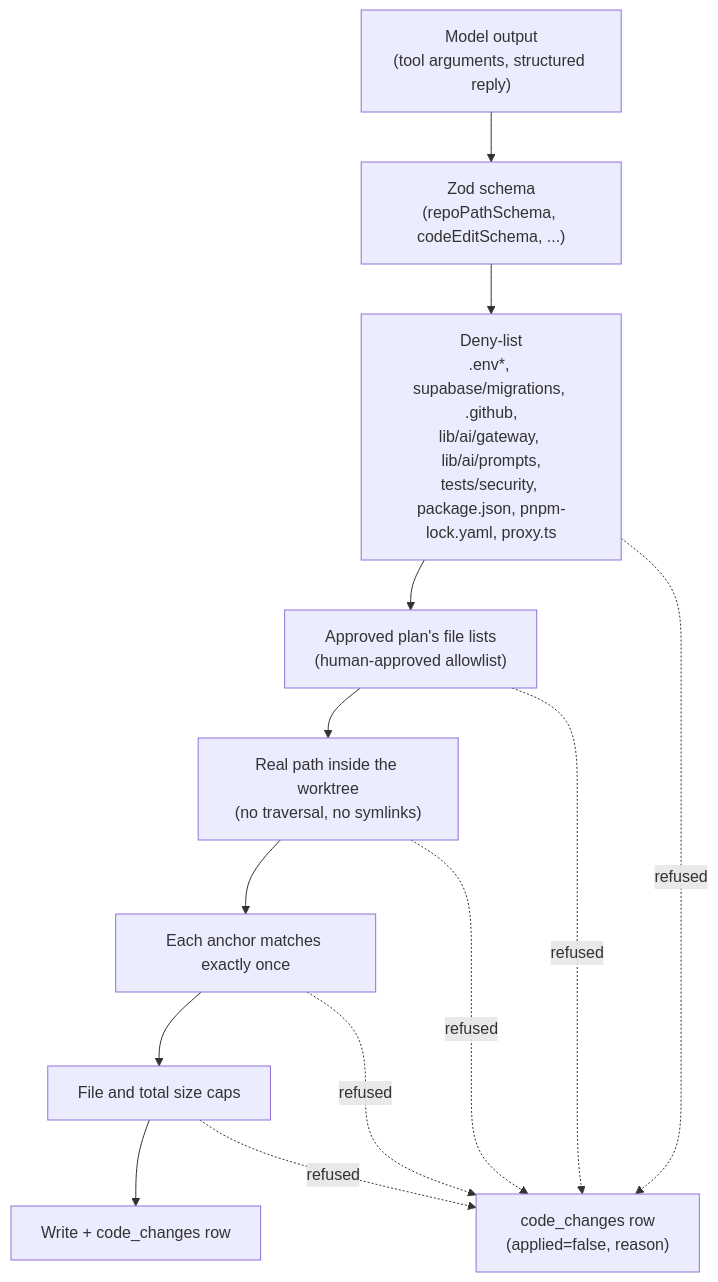
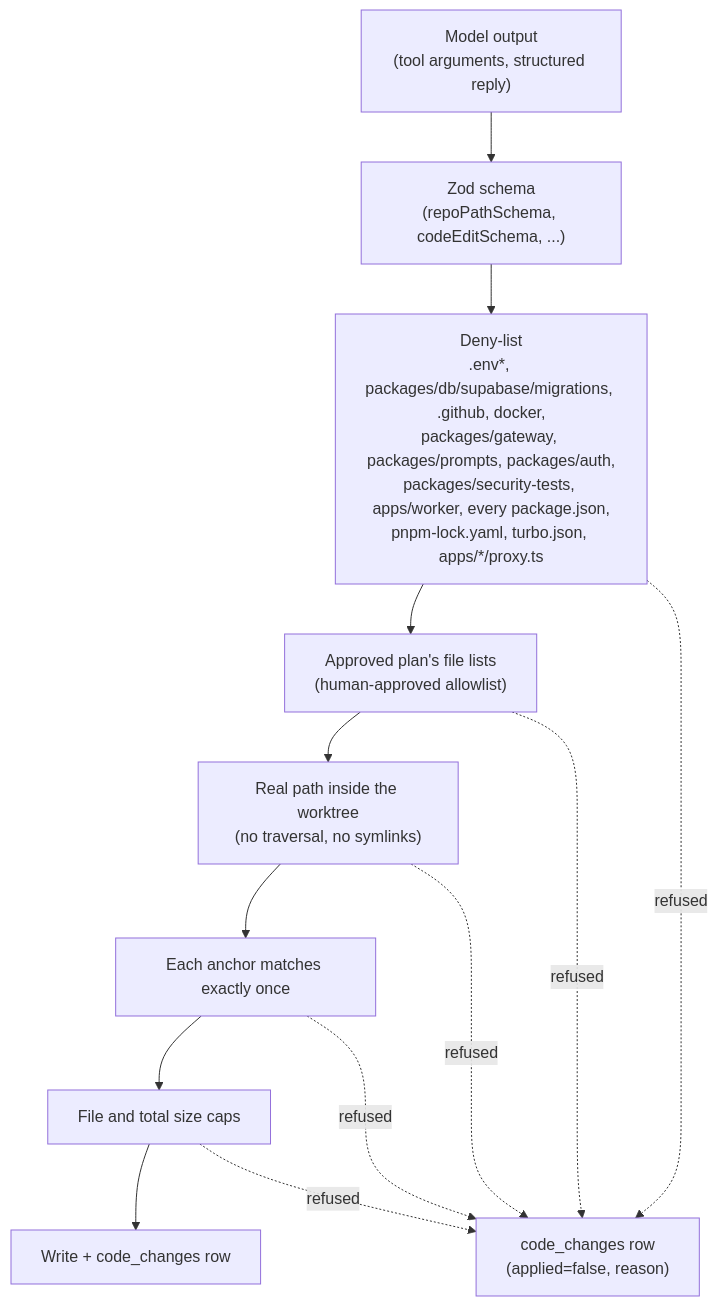
Before and after one commit to NehalKhare/deutsch-partner: the fourth of 4 diagrams in docs/product-ops-agents.md, drawn with Mermaid. The commit also changed other lines of this file and 1204 other files, not shown here.

````diff
--- a/docs/product-ops-agents.md
+++ b/docs/product-ops-agents.md
@@ -200,15 +200,15 @@
 ```mermaid
 flowchart TD
     Model["Model output\n(tool arguments, structured reply)"] --> Schema["Zod schema\n(repoPathSchema, codeEditSchema, ...)"]
-    Schema --> Deny["Deny-list\n.env*, supabase/migrations, .github,\nlib/ai/gateway, lib/ai/prompts,\ntests/security, package.json, pnpm-lock.yaml, proxy.ts"]
+    Schema --> Deny["Deny-list\n.env*, packages/db/supabase/migrations, .github, docker,\npackages/gateway, packages/prompts, packages/auth,\npackages/security-tests, apps/worker, every package.json,\npnpm-lock.yaml, turbo.json, apps/*/proxy.ts"]
     Deny --> Plan["Approved plan's file lists\n(human-approved allowlist)"]
     Plan --> Root["Real path inside the worktree\n(no traversal, no symlinks)"]
     Root --> Anchor["Each anchor matches exactly once"]
     Anchor --> Caps["File and total size caps"]
     Caps --> Write["Write + code_changes row"]
     Deny -.->|refused| Record["code_changes row\n(applied=false, reason)"]
     Plan -.->|refused| Record
     Root -.->|refused| Record
     Anchor -.->|refused| Record
     Caps -.->|refused| Record
 ```
````
